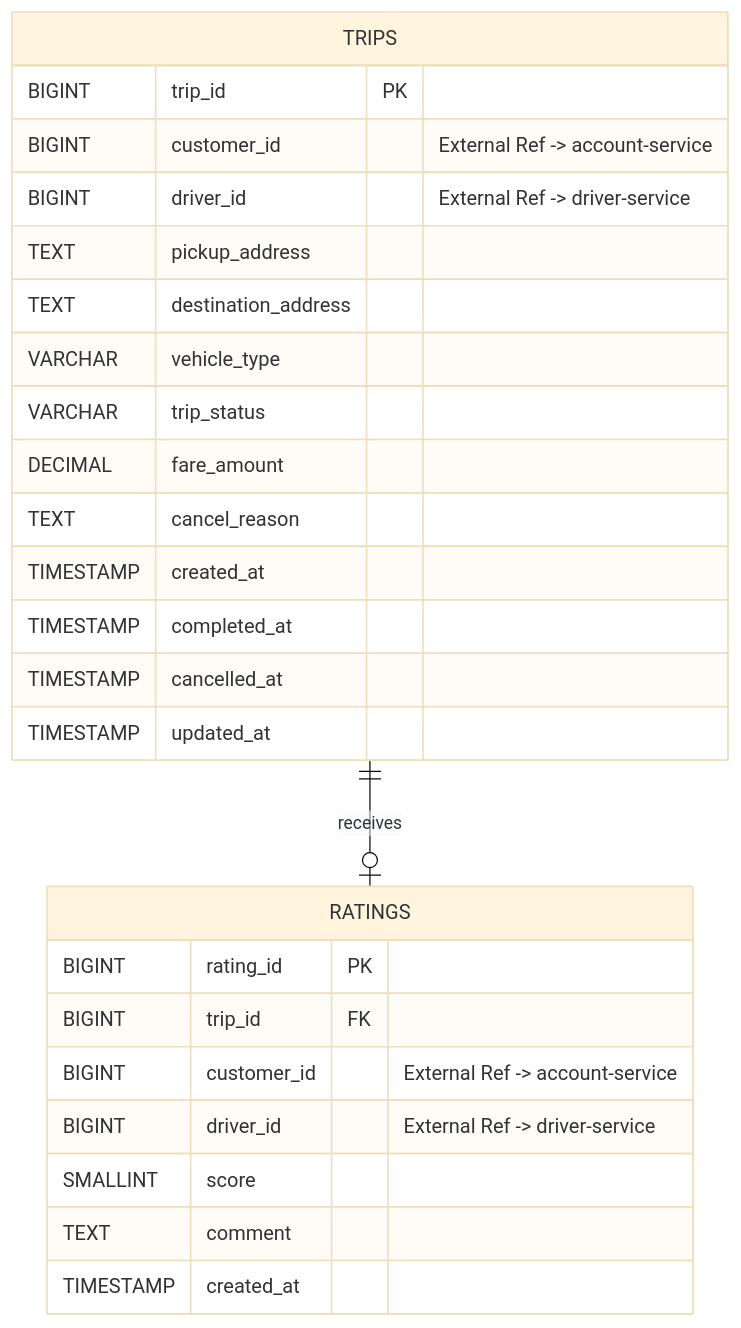
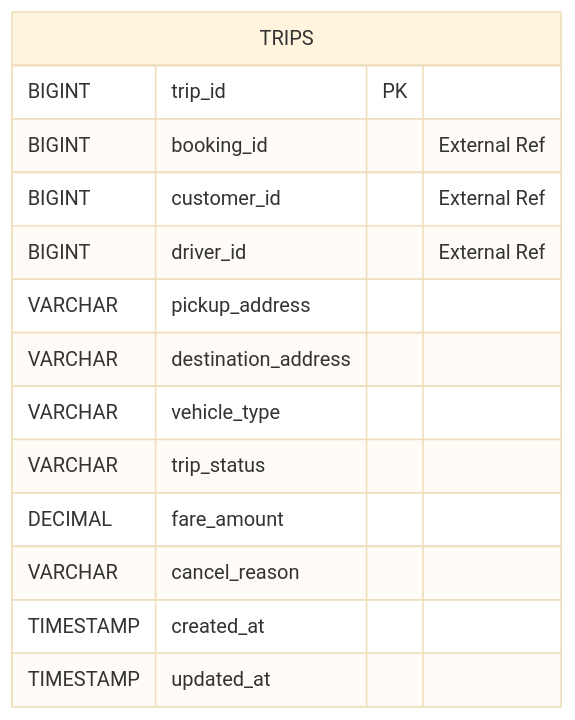
The sixth of 9 diagrams in Micro_Service_Design.md (buiphuongloan21032005-hub/23672941_BuiPhuongLoan_CabSystem), drawn with Mermaid (base theme) before and after one commit. The commit also changed other lines of this file, not shown here.

````diff
--- a/Micro_Service_Design.md
+++ b/Micro_Service_Design.md
@@ -681,30 +890,17 @@
 ```mermaid
 erDiagram
-    TRIPS ||--o| RATINGS : receives
-
     TRIPS {
         BIGINT trip_id PK
-        BIGINT customer_id "External Ref -> account-service"
-        BIGINT driver_id "External Ref -> driver-service"
-        TEXT pickup_address
-        TEXT destination_address
+        BIGINT booking_id "External Ref"
+        BIGINT customer_id "External Ref"
+        BIGINT driver_id "External Ref"
+        VARCHAR pickup_address
+        VARCHAR destination_address
         VARCHAR vehicle_type
         VARCHAR trip_status
         DECIMAL fare_amount
-        TEXT cancel_reason
+        VARCHAR cancel_reason
         TIMESTAMP created_at
-        TIMESTAMP completed_at
-        TIMESTAMP cancelled_at
         TIMESTAMP updated_at
     }
-
-    RATINGS {
-        BIGINT rating_id PK
-        BIGINT trip_id FK
-        BIGINT customer_id "External Ref -> account-service"
-        BIGINT driver_id "External Ref -> driver-service"
-        SMALLINT score
-        TEXT comment
-        TIMESTAMP created_at
-    }
 ```
````
